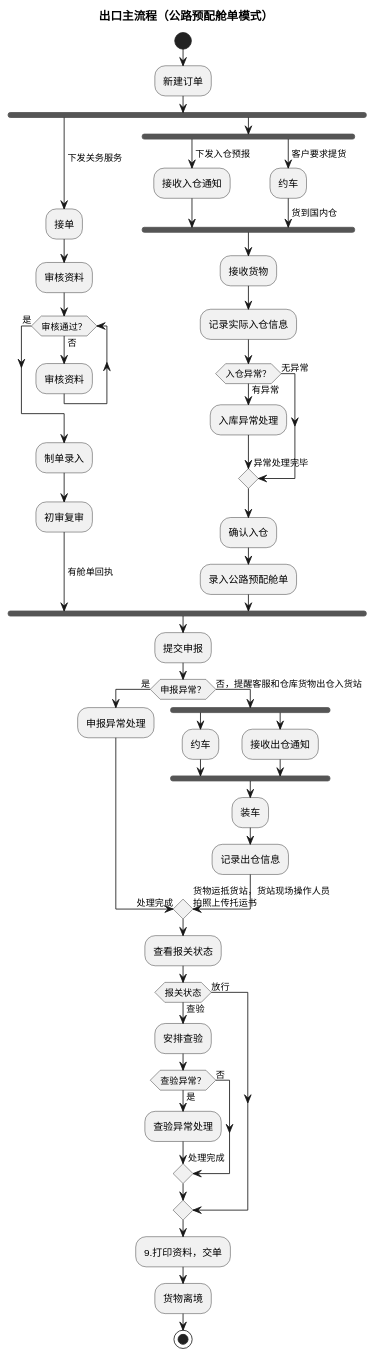
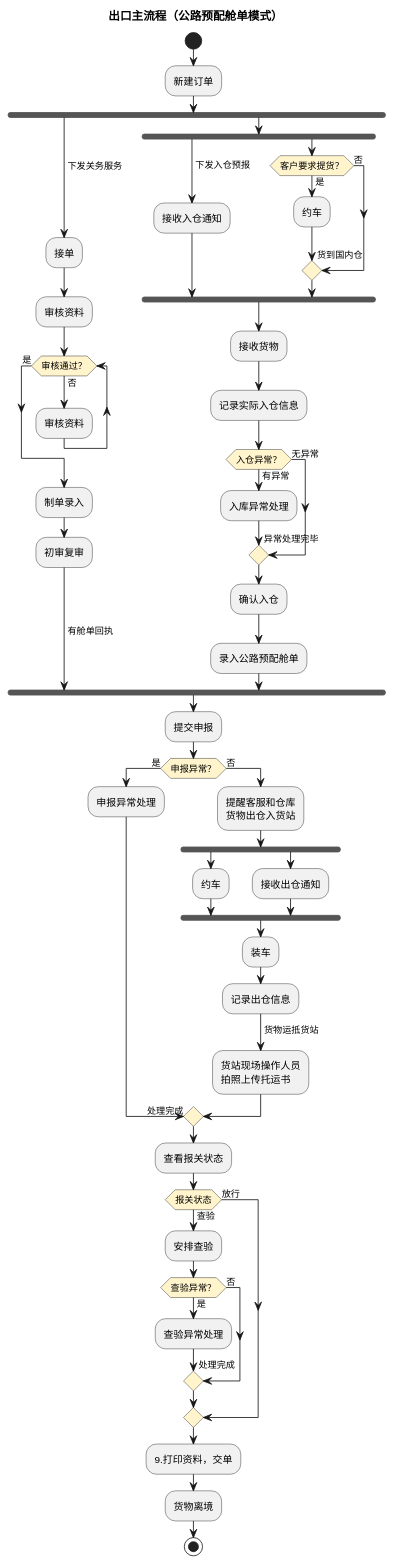
One commit to jack888332/projects-doc changed the ninth of 11 diagrams in product-caliber/goldjet/segmented-prd/mainflow/PRD.高捷物流系统一期.主流程.03.普货进出口关务详细流程.md. Above: the diagram before and after it, drawn with PlantUML. The commit also changed other lines of this file and 20 other files, not shown here.

Commit message:
优化流程表对应的DLS图

````diff
--- a/product-caliber/goldjet/segmented-prd/mainflow/PRD.高捷物流系统一期.主流程.03.普货进出口关务详细流程.md
+++ b/product-caliber/goldjet/segmented-prd/mainflow/PRD.高捷物流系统一期.主流程.03.普货进出口关务详细流程.md
@@ -266,63 +281,68 @@
 ```plantuml
 @startuml
+skinparam activityDiamondBackgroundColor #FFF4CC
 title 出口主流程（公路预配舱单模式）
 start
 :新建订单;
 fork
   -> 下发关务服务;
   :接单;
   :审核资料;
   while (审核通过？) is (否)
     :审核资料;
   endwhile (是)
   :制单录入;
   :初审复审;
   -> 有舱单回执;
 fork again
   fork
     -> 下发入仓预报;
     :接收入仓通知;
   fork again
-    -> 客户要求提货;
-    :约车;
-    -> 货到国内仓;
+    if (客户要求提货？) then (是)
+      :约车;
+      -> 货到国内仓;
+    else (否)
+    endif
   end fork
   :接收货物;
   :记录实际入仓信息;
   if (入仓异常？) then (有异常)
     :入库异常处理;
     -> 异常处理完毕;
   else (无异常)
   endif
   :确认入仓;
   :录入公路预配舱单;
 end fork
 :提交申报;
 if (申报异常？) then (是)
   :申报异常处理;
   -> 处理完成;
-else (否，提醒客服和仓库货物出仓入货站)
+else (否)
+  :提醒客服和仓库\n货物出仓入货站;
   fork
     :约车;
   fork again
     :接收出仓通知;
   end fork
   :装车;
   :记录出仓信息;
-  -> 货物运抵货站，货站现场操作人员\n拍照上传托运书;
+  -> 货物运抵货站;
+  :货站现场操作人员\n拍照上传托运书;
 endif
 :查看报关状态;
 if (报关状态) then (查验)
   :安排查验;
   if (查验异常？) then (是)
     :查验异常处理;
     -> 处理完成;
   else (否)
   endif
 else (放行)
 endif
 :9.打印资料，交单;
 :货物离境;
 stop
 @enduml
 ```
````
